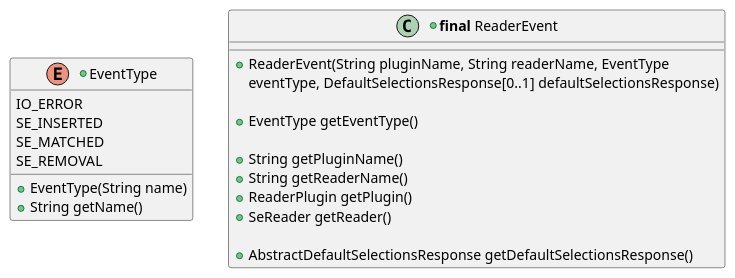
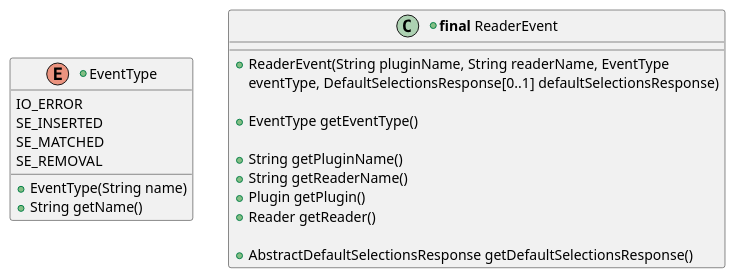
Before and after one commit to calypsonet/keyple: diagram 17 of 20 in src/KeypleCoreApi/puml/KeypleCore_Reader_ClassDiag_ClassElements.iuml, drawn with PlantUML. The commit also changed other lines of this file and 34 other files, not shown here.

```diff
--- a/src/KeypleCoreApi/puml/KeypleCore_Reader_ClassDiag_ClassElements.iuml
+++ b/src/KeypleCoreApi/puml/KeypleCore_Reader_ClassDiag_ClassElements.iuml
@@ -221,24 +215,24 @@
 @startuml(id=READER_EVENTREADER_1_0_0)
 +enum "EventType" as EventType_Reader {
   IO_ERROR
   SE_INSERTED
   SE_MATCHED
   SE_REMOVAL
   +EventType(String name)
   +String getName()
 }
 
 +class "<b>final</b> ReaderEvent" as ReaderEvent {
   +ReaderEvent(String pluginName, String readerName, EventType
   eventType, DefaultSelectionsResponse[0..1] defaultSelectionsResponse)
 
   +EventType getEventType()
 
   +String getPluginName()
   +String getReaderName()
-  +ReaderPlugin getPlugin()
-  +SeReader getReader()
+  +Plugin getPlugin()
+  +Reader getReader()
 
   +AbstractDefaultSelectionsResponse getDefaultSelectionsResponse()
 }
 @enduml
```
